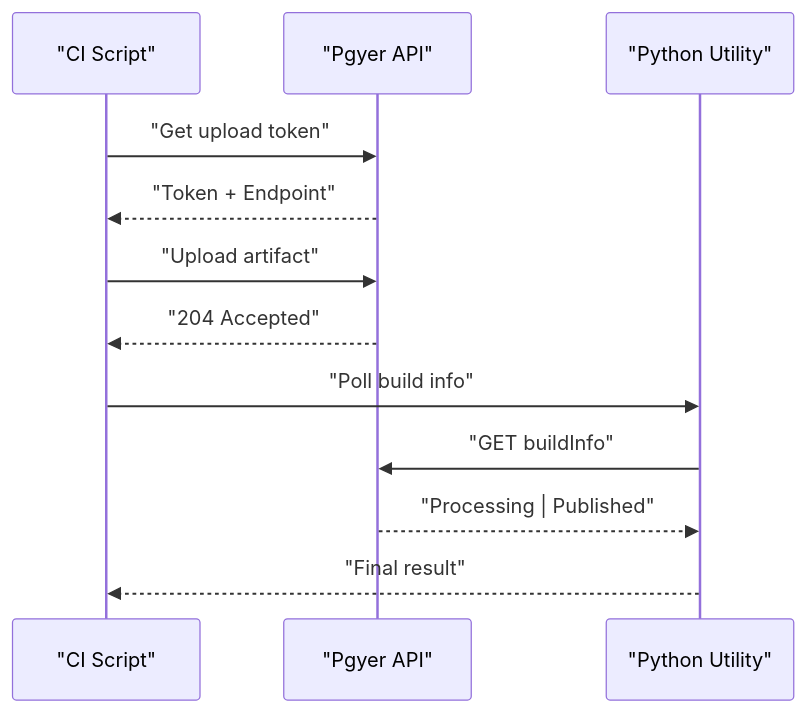
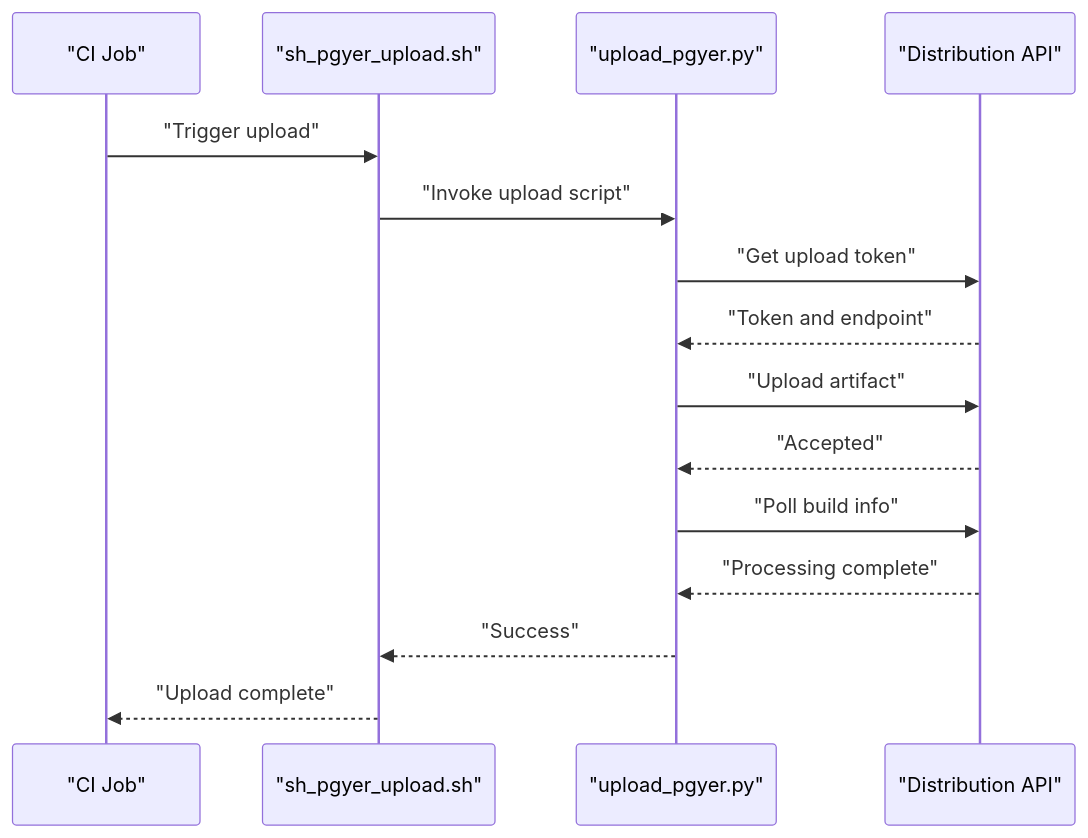
One commit to liximing1-ola/qa-perfCode changed the fifth of 7 diagrams in .qoder/repowiki/en/content/Project Overview.md. Above: the diagram before and after it, drawn with Mermaid. The commit also changed other lines of this file and 50 other files, not shown here.

````diff
--- a/.qoder/repowiki/en/content/Project Overview.md
+++ b/.qoder/repowiki/en/content/Project Overview.md
@@ -274,14 +246,17 @@
 ```mermaid
 sequenceDiagram
-participant CI as "CI Script"
-participant API as "Pgyer API"
-participant PY as "Python Utility"
-CI->>API : "Get upload token"
-API-->>CI : "Token + Endpoint"
-CI->>API : "Upload artifact"
-API-->>CI : "204 Accepted"
-CI->>PY : "Poll build info"
-PY->>API : "GET buildInfo"
-API-->>PY : "Processing | Published"
-PY-->>CI : "Final result"
+participant CI as "CI Job"
+participant SH as "sh_pgyer_upload.sh"
+participant PY as "upload_pgyer.py"
+participant API as "Distribution API"
+CI->>SH : "Trigger upload"
+SH->>PY : "Invoke upload script"
+PY->>API : "Get upload token"
+API-->>PY : "Token and endpoint"
+PY->>API : "Upload artifact"
+API-->>PY : "Accepted"
+PY->>API : "Poll build info"
+API-->>PY : "Processing complete"
+PY-->>SH : "Success"
+SH-->>CI : "Upload complete"
 ```
````
